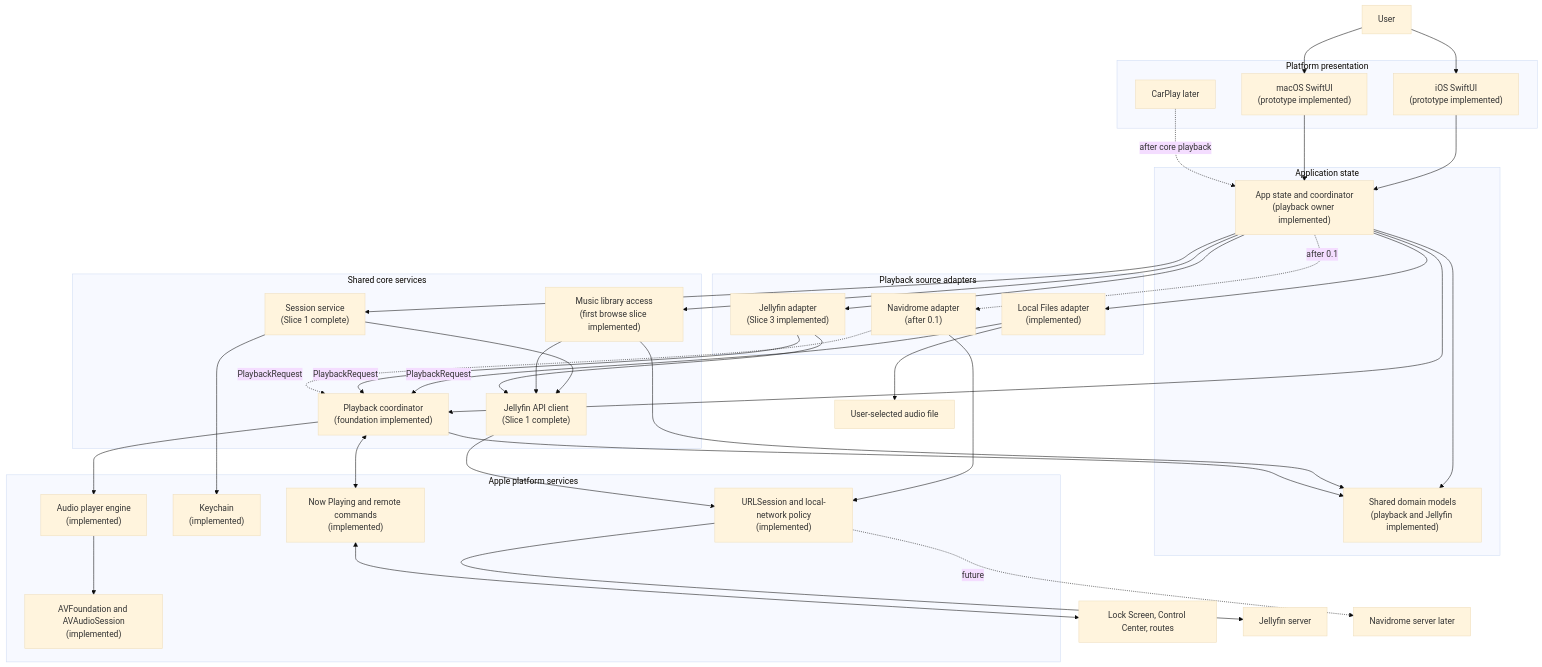
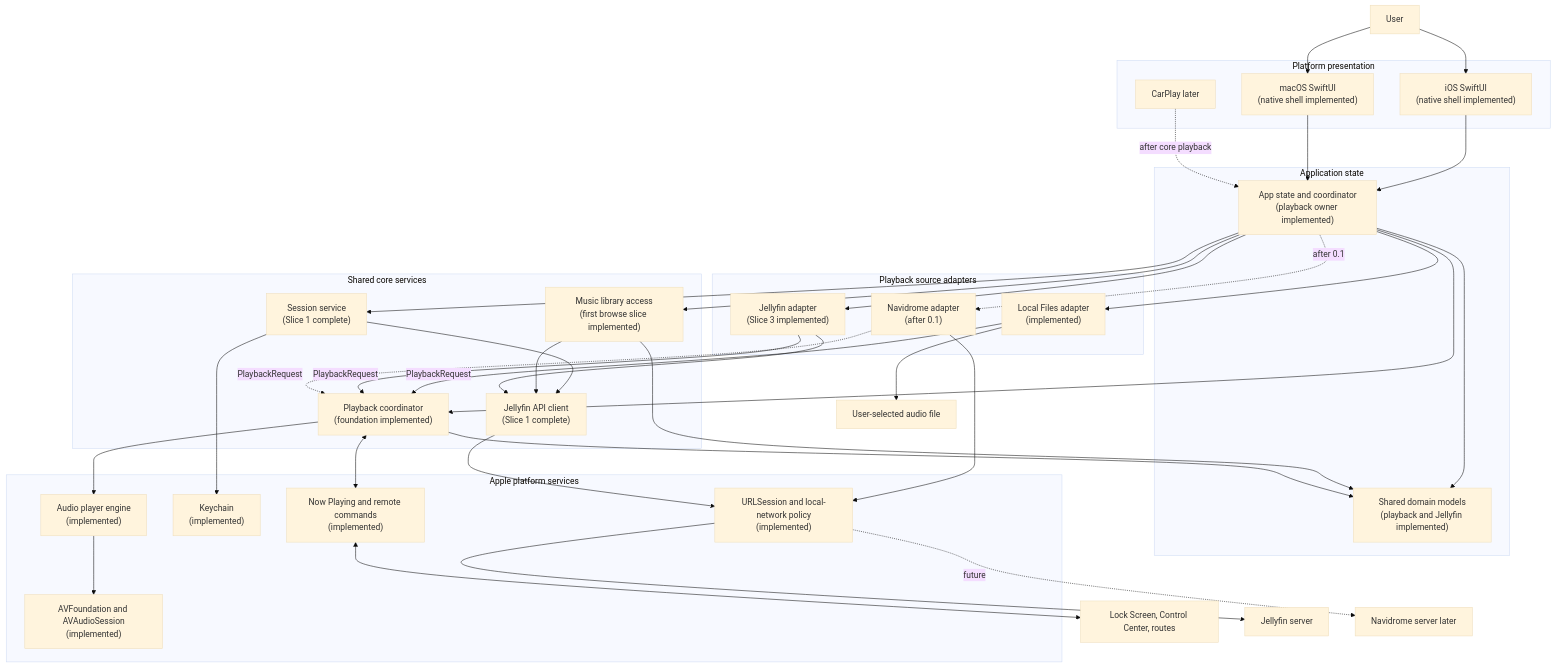
Before and after one commit to schillt/velacanto: the first of 4 diagrams in docs/architecture.md, drawn with Mermaid (base theme). The commit also changed other lines of this file and 13 other files, not shown here.

````diff
--- a/docs/architecture.md
+++ b/docs/architecture.md
@@ -9,74 +9,74 @@
 ```mermaid
 flowchart TB
     User["User"]
     SystemUI["Lock Screen, Control Center, routes"]
 
     subgraph Presentation["Platform presentation"]
-        IOS["iOS SwiftUI<br/>(prototype implemented)"]
-        Mac["macOS SwiftUI<br/>(prototype implemented)"]
+        IOS["iOS SwiftUI<br/>(native shell implemented)"]
+        Mac["macOS SwiftUI<br/>(native shell implemented)"]
         CarPlay["CarPlay later"]
     end
 
     subgraph Application["Application state"]
         Coordinator["App state and coordinator<br/>(playback owner implemented)"]
         Models["Shared domain models<br/>(playback and Jellyfin implemented)"]
     end
 
     subgraph Core["Shared core services"]
         Session["Session service<br/>(Slice 1 complete)"]
         API["Jellyfin API client<br/>(Slice 1 complete)"]
         Library["Music library access<br/>(first browse slice implemented)"]
         Playback["Playback coordinator<br/>(foundation implemented)"]
     end
 
     subgraph Sources["Playback source adapters"]
         LocalAdapter["Local Files adapter<br/>(implemented)"]
         JellyfinAdapter["Jellyfin adapter<br/>(Slice 3 implemented)"]
         NavidromeAdapter["Navidrome adapter<br/>(after 0.1)"]
     end
 
     subgraph Apple["Apple platform services"]
         Networking["URLSession and local-network policy<br/>(implemented)"]
         Keychain["Keychain<br/>(implemented)"]
         Engine["Audio player engine<br/>(implemented)"]
         AV["AVFoundation and AVAudioSession<br/>(implemented)"]
         Media["Now Playing and remote commands<br/>(implemented)"]
     end
 
     LocalFile["User-selected audio file"]
     Jellyfin["Jellyfin server"]
     Navidrome["Navidrome server later"]
 
     User --> IOS
     User --> Mac
     IOS --> Coordinator
     Mac --> Coordinator
     CarPlay -. "after core playback" .-> Coordinator
 
     Coordinator --> Session
     Coordinator --> Library
     Coordinator --> Playback
     Coordinator --> Models
     Coordinator --> LocalAdapter
     Coordinator --> JellyfinAdapter
     Coordinator -. "after 0.1" .-> NavidromeAdapter
 
     Session --> API
     Session --> Keychain
     Library --> API
     Library --> Models
     Playback --> Models
     LocalAdapter -- "PlaybackRequest" --> Playback
     JellyfinAdapter -- "PlaybackRequest" --> Playback
     NavidromeAdapter -. "PlaybackRequest" .-> Playback
     LocalAdapter --> LocalFile
     JellyfinAdapter --> API
     NavidromeAdapter --> Networking
     API --> Networking
     Networking --> Jellyfin
     Networking -. "future" .-> Navidrome
     Playback --> Engine
     Engine --> AV
     Playback <--> Media
     Media <--> SystemUI
 ```
````
